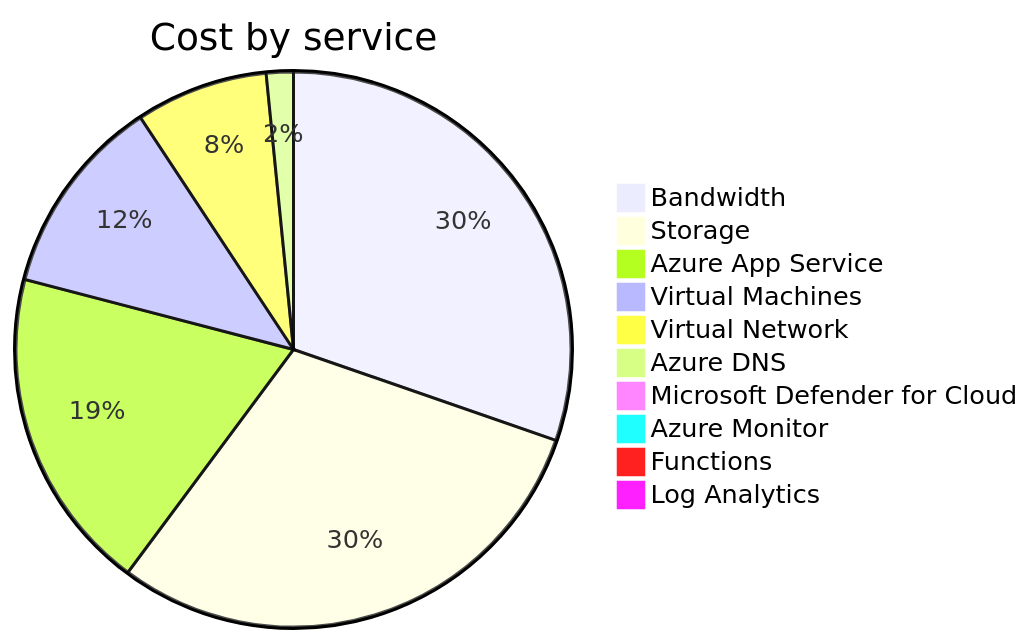
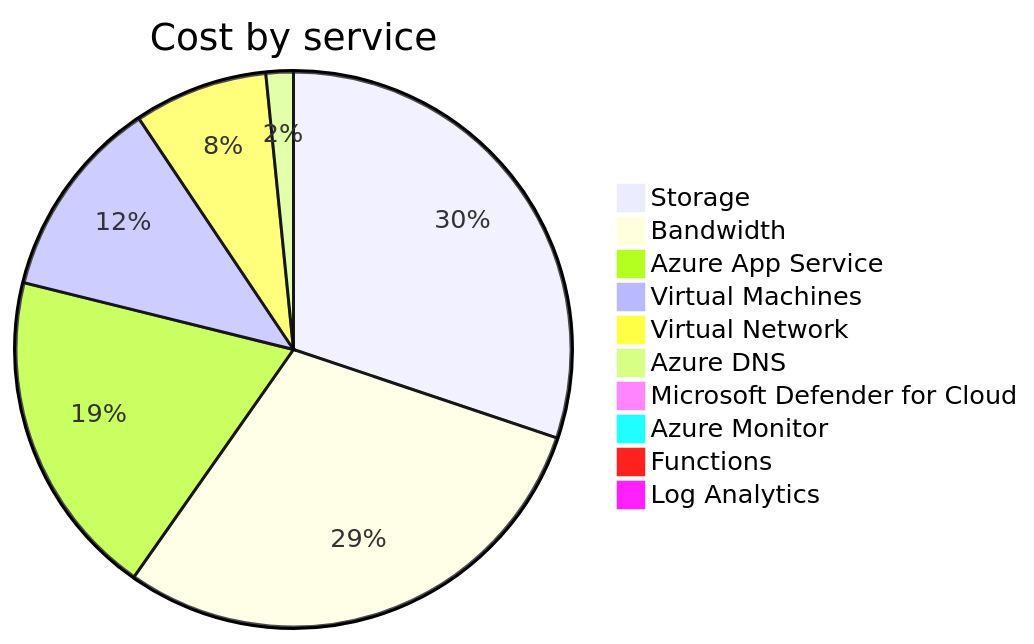
The second of 4 diagrams in cost-reports/accumulated-cost.md (jpfulton/azure-personal-reports), drawn with Mermaid before and after one commit. The commit also changed other lines of this file and 4 other files, not shown here.

````diff
--- a/cost-reports/accumulated-cost.md
+++ b/cost-reports/accumulated-cost.md
@@ -100,14 +100,14 @@
 ```mermaid
 pie
    title Cost by service
-   "Bandwidth" : 7.51
-   "Storage" : 7.40
-   "Azure App Service" : 4.68
-   "Virtual Machines" : 2.89
-   "Virtual Network" : 1.91
-   "Azure DNS" : 0.39
-   "Microsoft Defender for Cloud" : 0.20
+   "Storage" : 8.32
+   "Bandwidth" : 8.16
+   "Azure App Service" : 5.28
+   "Virtual Machines" : 3.24
+   "Virtual Network" : 2.15
+   "Azure DNS" : 0.44
+   "Microsoft Defender for Cloud" : 0.22
    "Azure Monitor" : 0.00
    "Functions" : 0.00
    "Log Analytics" : 0.00
 ```
````
